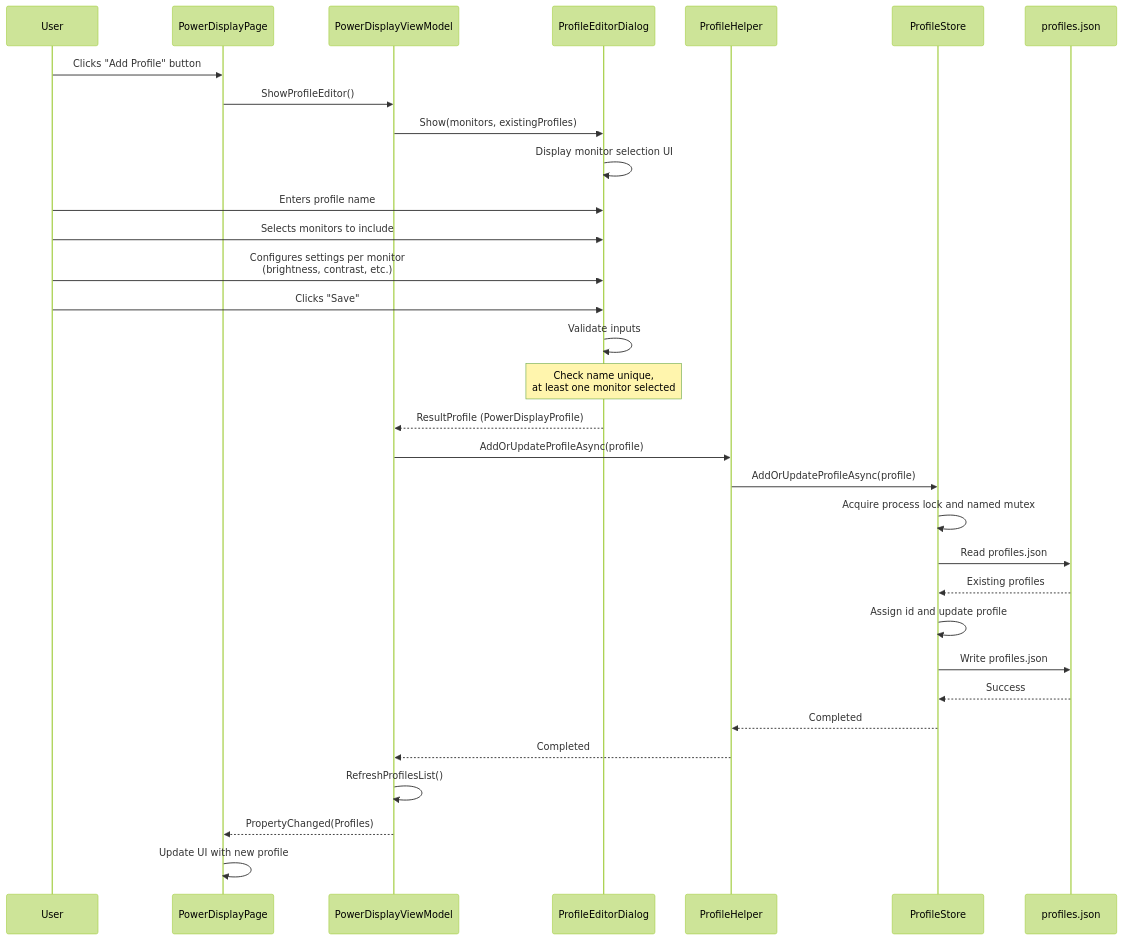
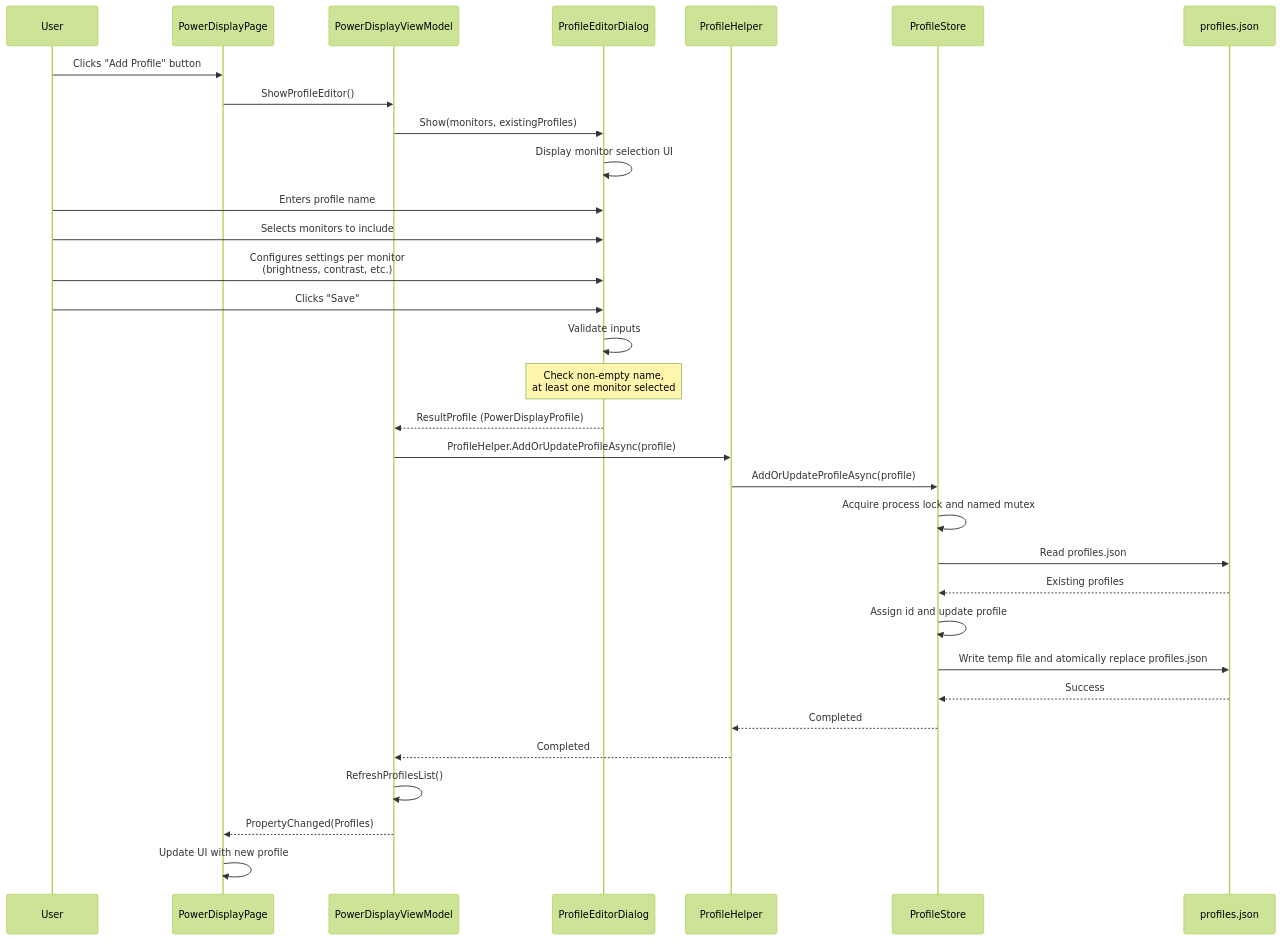
Before and after one commit to microsoft/PowerToys: diagram 20 of 23 in doc/devdocs/modules/powerdisplay/design.md, drawn with Mermaid (forest theme). The commit also changed other lines of this file, not shown here.

First line of the commit message:
docs: refresh PowerDisplay profile ID design

````diff
--- a/doc/devdocs/modules/powerdisplay/design.md
+++ b/doc/devdocs/modules/powerdisplay/design.md
@@ -1358,42 +1361,42 @@
 ```mermaid
 sequenceDiagram
     participant User
     participant SettingsPage as PowerDisplayPage
     participant ViewModel as PowerDisplayViewModel
     participant ProfileDialog as ProfileEditorDialog
     participant ProfileHelper
     participant ProfileStore
     participant FileSystem as profiles.json
 
     User->>SettingsPage: Clicks "Add Profile" button
     SettingsPage->>ViewModel: ShowProfileEditor()
 
     ViewModel->>ProfileDialog: Show(monitors, existingProfiles)
     ProfileDialog->>ProfileDialog: Display monitor selection UI
 
     User->>ProfileDialog: Enters profile name
     User->>ProfileDialog: Selects monitors to include
     User->>ProfileDialog: Configures settings per monitor<br/>(brightness, contrast, etc.)
     User->>ProfileDialog: Clicks "Save"
 
     ProfileDialog->>ProfileDialog: Validate inputs
-    Note over ProfileDialog: Check name unique,<br/>at least one monitor selected
+    Note over ProfileDialog: Check non-empty name,<br/>at least one monitor selected
 
     ProfileDialog-->>ViewModel: ResultProfile (PowerDisplayProfile)
 
-    ViewModel->>ProfileHelper: AddOrUpdateProfileAsync(profile)
+    ViewModel->>ProfileHelper: ProfileHelper.AddOrUpdateProfileAsync(profile)
     ProfileHelper->>ProfileStore: AddOrUpdateProfileAsync(profile)
 
     ProfileStore->>ProfileStore: Acquire process lock and named mutex
     ProfileStore->>FileSystem: Read profiles.json
     FileSystem-->>ProfileStore: Existing profiles
     ProfileStore->>ProfileStore: Assign id and update profile
-    ProfileStore->>FileSystem: Write profiles.json
+    ProfileStore->>FileSystem: Write temp file and atomically replace profiles.json
     FileSystem-->>ProfileStore: Success
     ProfileStore-->>ProfileHelper: Completed
     ProfileHelper-->>ViewModel: Completed
 
     ViewModel->>ViewModel: RefreshProfilesList()
     ViewModel-->>SettingsPage: PropertyChanged(Profiles)
     SettingsPage->>SettingsPage: Update UI with new profile
 ```
````
